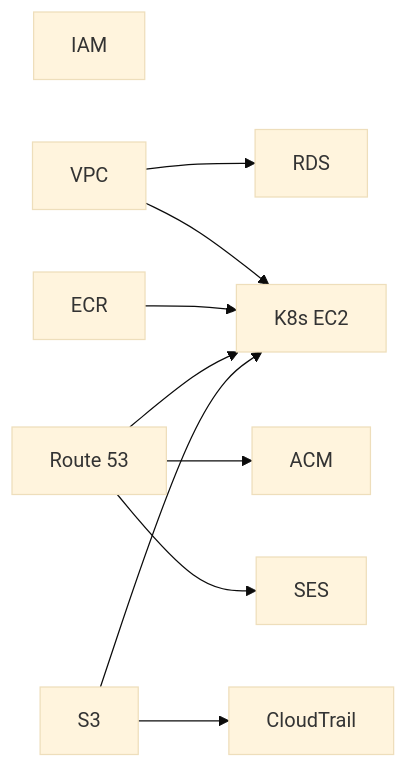
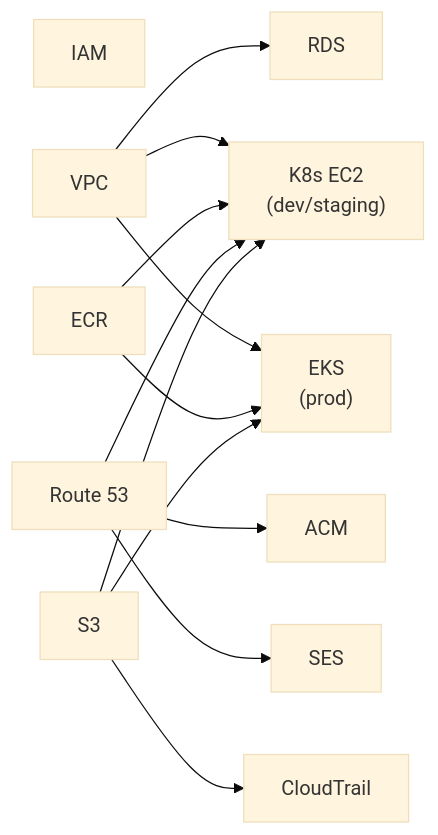
The second of 3 diagrams in README.md (80-hours-a-week/2-cho-community-infra), drawn with Mermaid (base theme) before and after one commit. The commit also changed other lines of this file and 1 other file, not shown here.

First line of the commit message:
docs: README.md 및 report.md를 현재 EKS Prod 인프라에 맞게 갱신

````diff
--- a/README.md
+++ b/README.md
@@ -102,16 +106,19 @@
 ```mermaid
 flowchart LR
     IAM
 
     VPC --> RDS
-    VPC --> K8s_EC2["K8s EC2"]
+    VPC --> K8s_EC2["K8s EC2<br/>(dev/staging)"]
+    VPC --> EKS["EKS<br/>(prod)"]
 
     ECR --> K8s_EC2
+    ECR --> EKS
 
     Route53["Route 53"] --> ACM
     Route53 --> SES
     Route53 --> K8s_EC2
 
     S3 --> CloudTrail
     S3 --> K8s_EC2
+    S3 --> EKS
 ```
````
